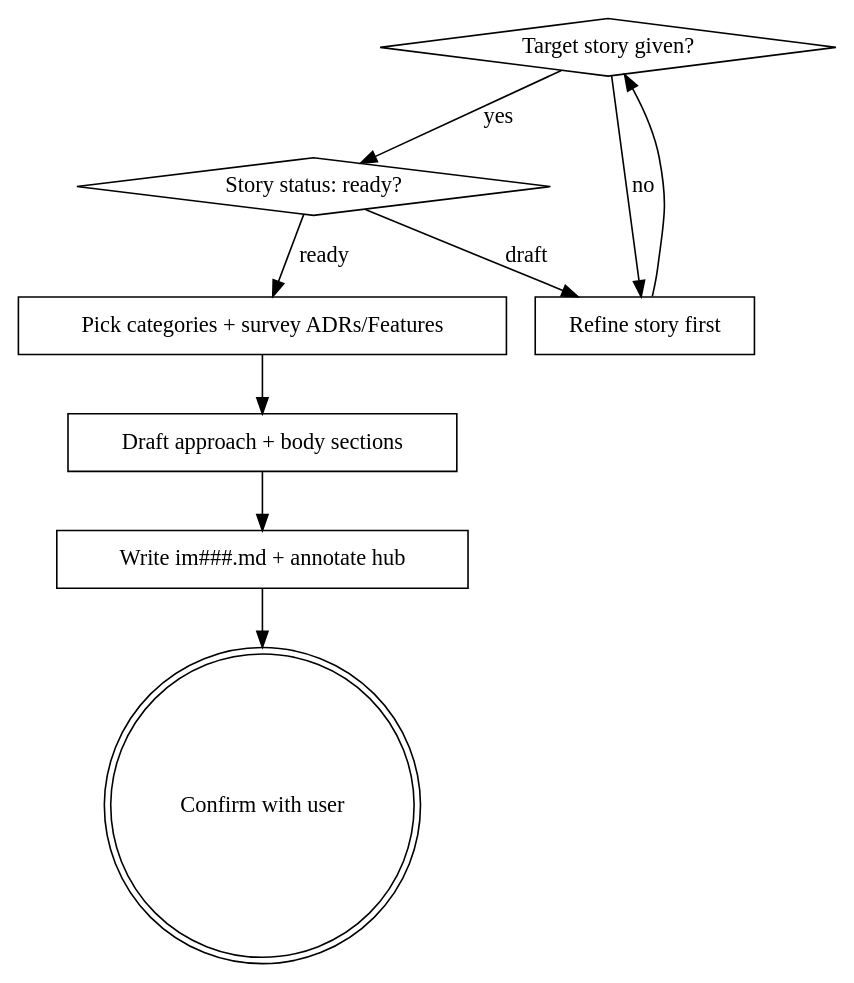
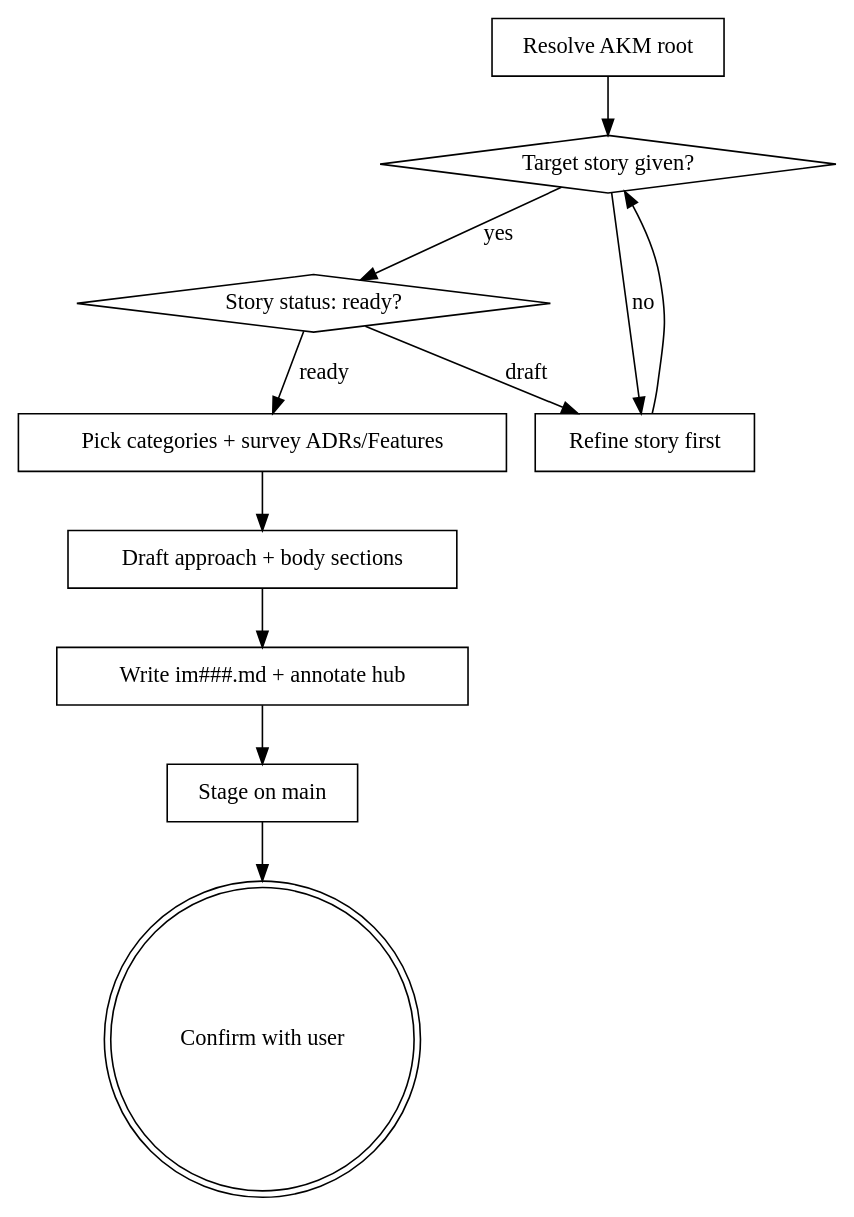
The diagram in claude/marketplace/plugins/infinifu/skills/implementation-write/SKILL.md (b3tchi/dotfiles), drawn with Graphviz before and after one commit. The commit also changed other lines of this file and 53 other files, not shown here.

````diff
--- a/claude/marketplace/plugins/infinifu/skills/implementation-write/SKILL.md
+++ b/claude/marketplace/plugins/infinifu/skills/implementation-write/SKILL.md
@@ -59,20 +71,24 @@
 ```dot
 digraph implementation_write {
+    "Resolve AKM root" [shape=box];
     "Target story given?" [shape=diamond];
     "Story status: ready?" [shape=diamond];
     "Refine story first" [shape=box];
     "Pick categories + survey ADRs/Features" [shape=box];
     "Draft approach + body sections" [shape=box];
     "Write im###.md + annotate hub" [shape=box];
+    "Stage on main" [shape=box];
     "Confirm with user" [shape=doublecircle];
 
+    "Resolve AKM root" -> "Target story given?";
     "Target story given?" -> "Refine story first" [label="no"];
     "Refine story first" -> "Target story given?";
     "Target story given?" -> "Story status: ready?" [label="yes"];
     "Story status: ready?" -> "Refine story first" [label="draft"];
     "Story status: ready?" -> "Pick categories + survey ADRs/Features" [label="ready"];
     "Pick categories + survey ADRs/Features" -> "Draft approach + body sections";
     "Draft approach + body sections" -> "Write im###.md + annotate hub";
-    "Write im###.md + annotate hub" -> "Confirm with user";
+    "Write im###.md + annotate hub" -> "Stage on main";
+    "Stage on main" -> "Confirm with user";
 }
 ```
````
